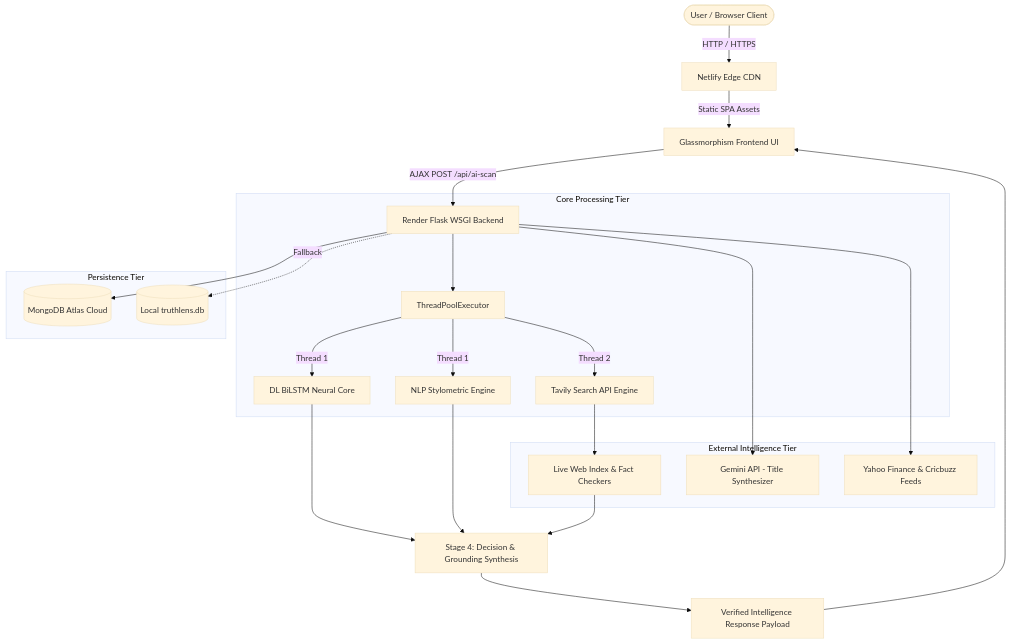
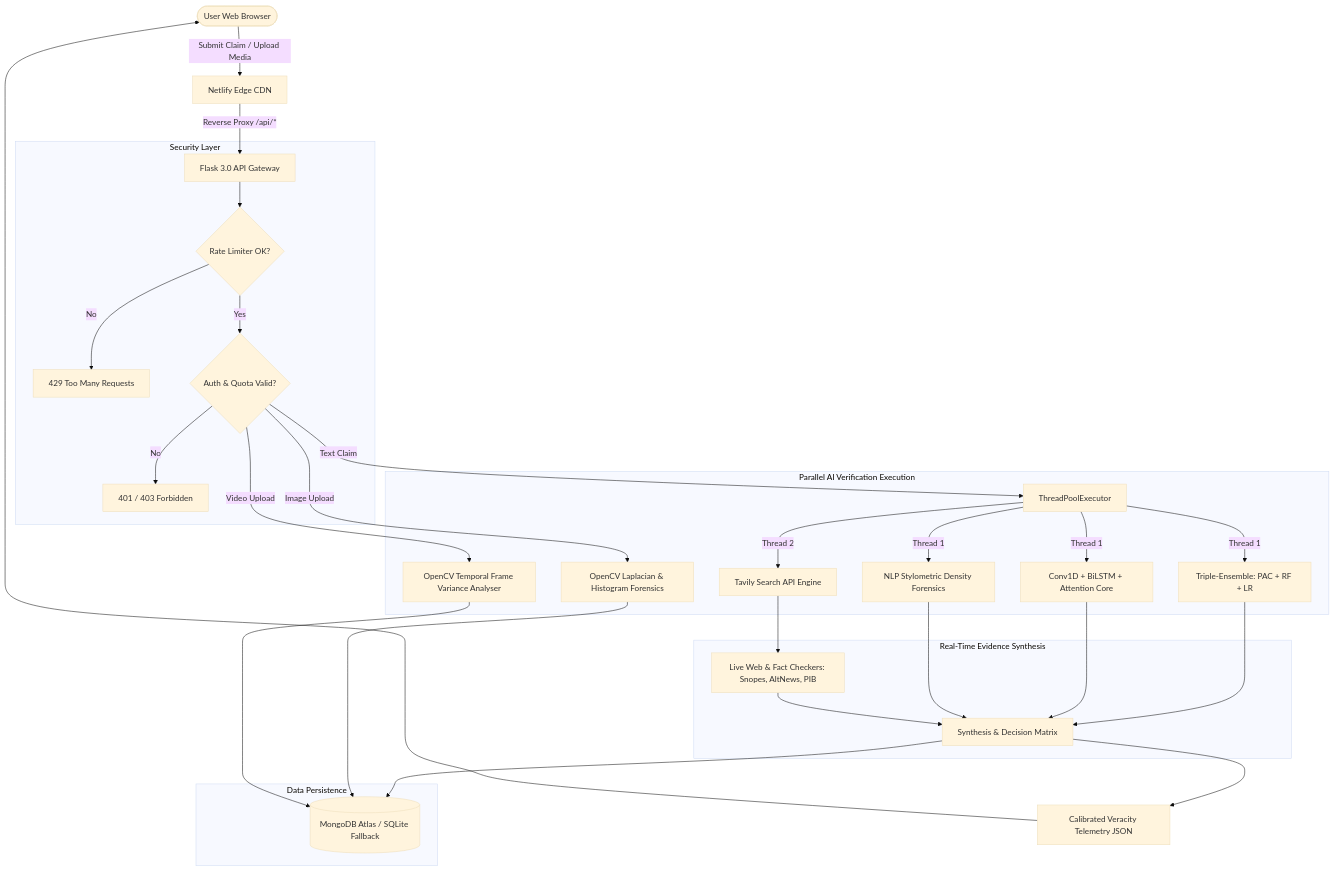
The diagram in README.md (Raj-Rathod-Ai/Fake-News-Detection-Using-DL-Real-time), drawn with Mermaid (base theme) before and after one commit. The commit also changed other lines of this file, not shown here.

Commit message:
docs: update README with comprehensive ML/NLP architecture, multimodal vision, and academic report

````diff
--- a/README.md
+++ b/README.md
@@ -333,30 +353,40 @@
 ```mermaid
-graph TD
-    User([User / Browser Client]) -->|HTTP / HTTPS| Netlify[Netlify Edge CDN]
-    Netlify -->|Static SPA Assets| UI[Glassmorphism Frontend UI]
-    UI -->|AJAX POST /api/ai-scan| Flask[Render Flask WSGI Backend]
+flowchart TD
+    UserClient([User Web Browser]) -->|Submit Claim / Upload Media| CDN[Netlify Edge CDN]
+    CDN -->|Reverse Proxy /api/*| FlaskGateway[Flask 3.0 API Gateway]
     
-    subgraph Core Processing Tier
-        Flask --> Worker[ThreadPoolExecutor]
-        Worker -->|Thread 1| DL[DL BiLSTM Neural Core]
-        Worker -->|Thread 1| NLP[NLP Stylometric Engine]
-        Worker -->|Thread 2| Tavily[Tavily Search API Engine]
+    subgraph Security Layer
+        FlaskGateway --> RateLimiter{Rate Limiter OK?}
+        RateLimiter -->|No| Reject429[429 Too Many Requests]
+        RateLimiter -->|Yes| AuthCheck{Auth & Quota Valid?}
+        AuthCheck -->|No| RejectAuth[401 / 403 Forbidden]
     end
     
-    subgraph External Intelligence Tier
-        Tavily --> WebIndex[Live Web Index & Fact Checkers]
-        Flask --> Gemini[Gemini API - Title Synthesizer]
-        Flask --> Feeds[Yahoo Finance & Cricbuzz Feeds]
+    subgraph Parallel AI Verification Execution
+        AuthCheck -->|Text Claim| WorkerPool[ThreadPoolExecutor]
+        WorkerPool -->|Thread 1| EnsembleEngine[Triple-Ensemble: PAC + RF + LR]
+        WorkerPool -->|Thread 1| DeepLearningCore[Conv1D + BiLSTM + Attention Core]
+        WorkerPool -->|Thread 1| StylometricNLP[NLP Stylometric Density Forensics]
+        WorkerPool -->|Thread 2| TavilyGrounding[Tavily Search API Engine]
+        
+        AuthCheck -->|Image Upload| CVImage[OpenCV Laplacian & Histogram Forensics]
+        AuthCheck -->|Video Upload| CVVideo[OpenCV Temporal Frame Variance Analyser]
     end
     
-    subgraph Persistence Tier
-        Flask --> Mongo[(MongoDB Atlas Cloud)]
-        Flask -.->|Fallback| SQLite[(Local truthlens.db)]
+    subgraph Real-Time Evidence Synthesis
+        TavilyGrounding --> LiveWeb[Live Web & Fact Checkers: Snopes, AltNews, PIB]
+        EnsembleEngine --> Synthesizer[Synthesis & Decision Matrix]
+        DeepLearningCore --> Synthesizer
+        StylometricNLP --> Synthesizer
+        LiveWeb --> Synthesizer
     end
     
-    DL --> Decision[Stage 4: Decision & Grounding Synthesis]
-    NLP --> Decision
-    WebIndex --> Decision
-    Decision --> JSON[Verified Intelligence Response Payload]
-    JSON --> UI
+    subgraph Data Persistence
+        Synthesizer --> DBWrite[(MongoDB Atlas / SQLite Fallback)]
+        CVImage --> DBWrite
+        CVVideo --> DBWrite
+    end
+    
+    Synthesizer --> JSONPayload[Calibrated Veracity Telemetry JSON]
+    JSONPayload --> UserClient
 ```
````
